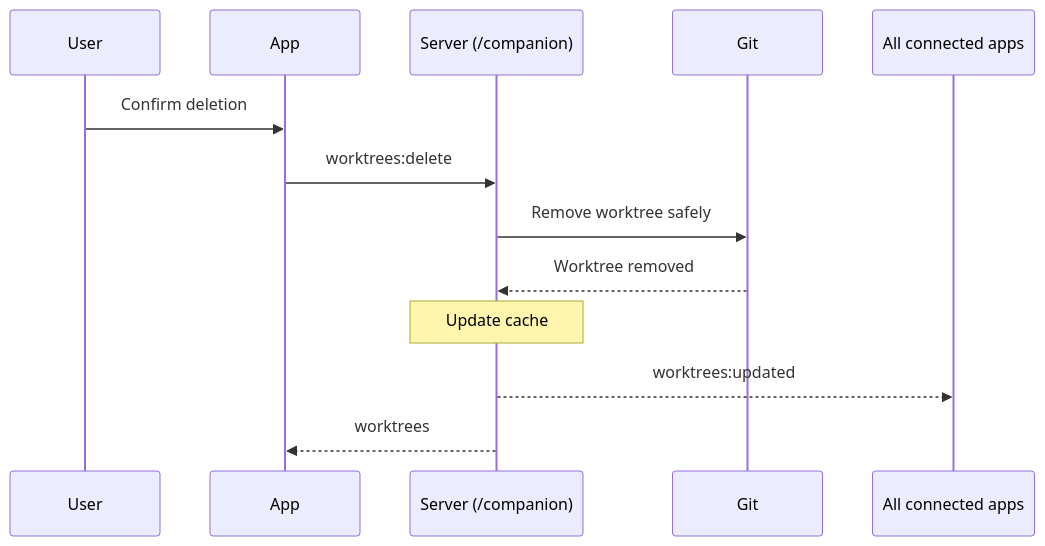
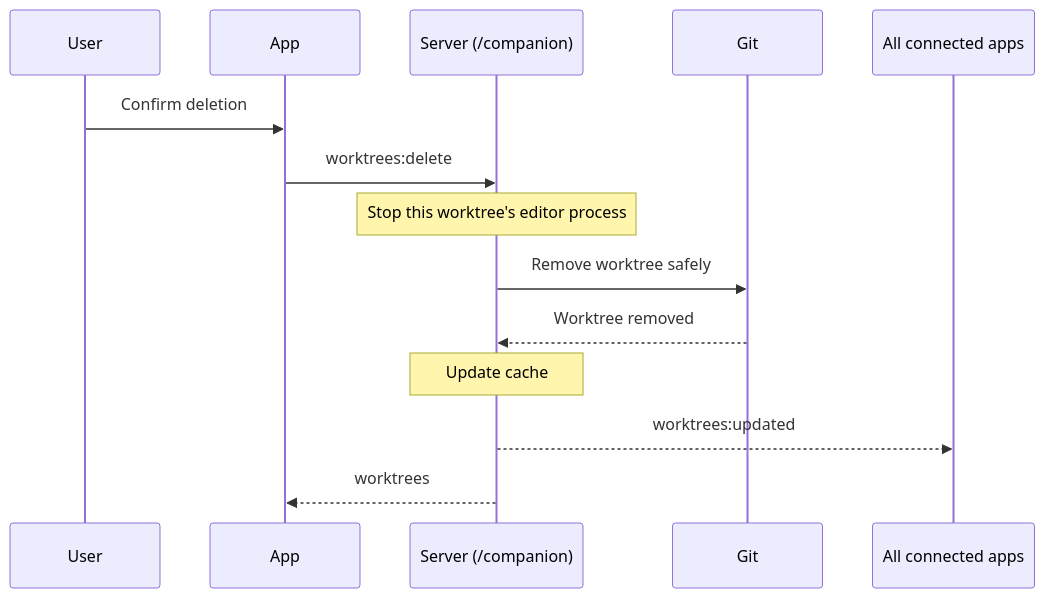
Before and after one commit to takeshibaconsuzuki/ade-overlay: the fifth of 11 diagrams in AGENTS.md, drawn with Mermaid. The commit also changed other lines of this file and 47 other files, not shown here.

````diff
--- a/AGENTS.md
+++ b/AGENTS.md
@@ -131,15 +143,16 @@
 ```mermaid
 sequenceDiagram
     participant User
     participant App
     participant Server as Server (/companion)
     participant Git
     participant Clients as All connected apps
     User->>App: Confirm deletion
     App->>Server: worktrees:delete
+    Note over Server: Stop this worktree's editor process
     Server->>Git: Remove worktree safely
     Git-->>Server: Worktree removed
     Note over Server: Update cache
     Server-->>Clients: worktrees:updated
     Server-->>App: worktrees
 ```
````
